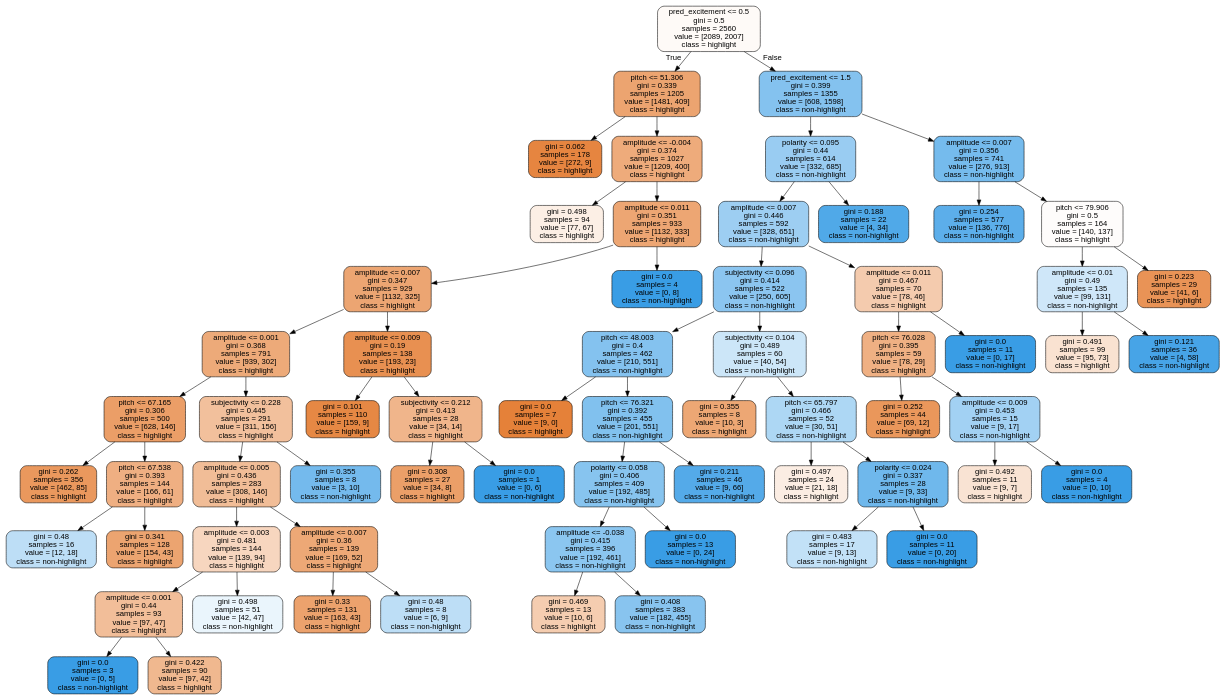
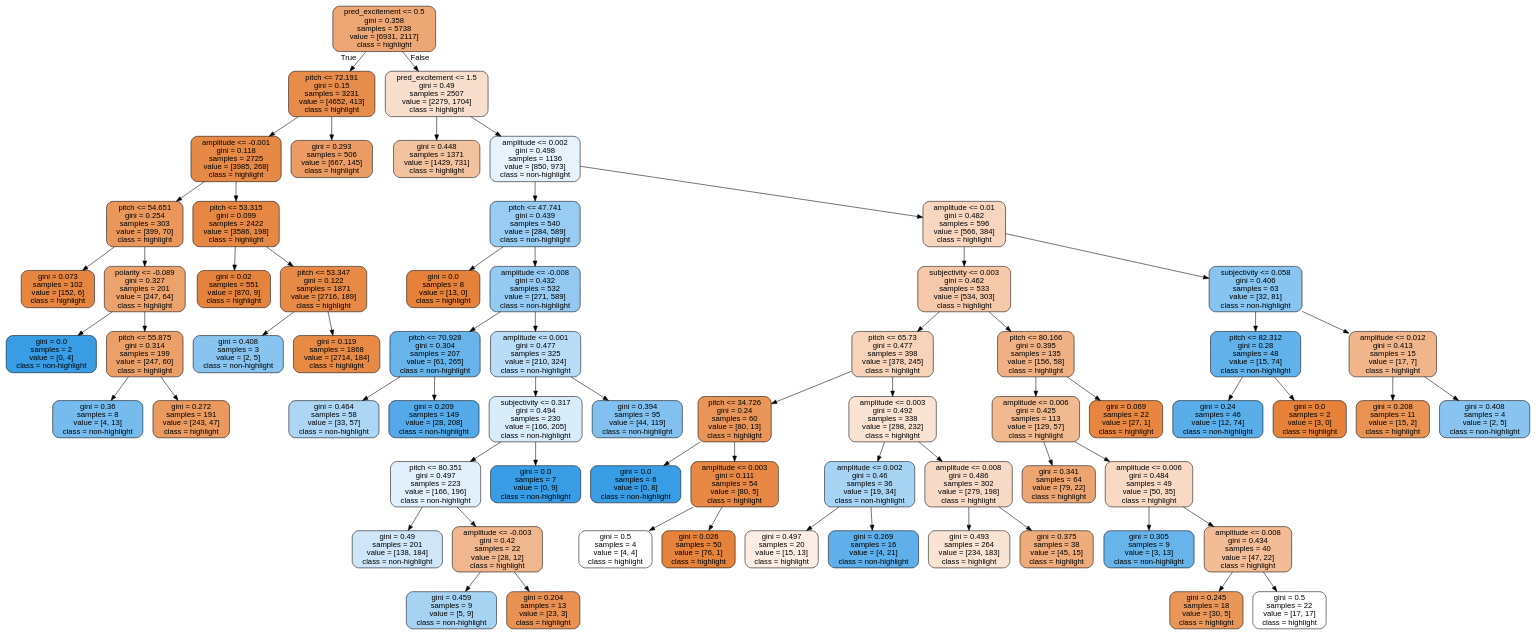
The diagram in highlight-model/tree_from_optimized_forest.dot (mattlianje/climactic), drawn with Graphviz before and after one commit. The commit also changed 13 other files, not shown here.

```diff
--- a/highlight-model/tree_from_optimized_forest.dot
+++ b/highlight-model/tree_from_optimized_forest.dot
@@ -1,133 +1,133 @@
 digraph Tree {
 node [shape=box, style="filled, rounded", color="black", fontname=helvetica] ;
 edge [fontname=helvetica] ;
-0 [label="pred_excitement <= 0.5\ngini = 0.5\nsamples = 2560\nvalue = [2089, 2007]\nclass = highlight", fillcolor="#fefaf7"] ;
-1 [label="pitch <= 51.306\ngini = 0.339\nsamples = 1205\nvalue = [1481, 409]\nclass = highlight", fillcolor="#eca470"] ;
+0 [label="pred_excitement <= 0.5\ngini = 0.358\nsamples = 5738\nvalue = [6931, 2117]\nclass = highlight", fillcolor="#eda775"] ;
+1 [label="pitch <= 72.191\ngini = 0.15\nsamples = 3231\nvalue = [4652, 413]\nclass = highlight", fillcolor="#e78c4b"] ;
 0 -> 1 [labeldistance=2.5, labelangle=45, headlabel="True"] ;
-3 [label="gini = 0.062\nsamples = 178\nvalue = [272, 9]\nclass = highlight", fillcolor="#e68540"] ;
-1 -> 3 ;
-4 [label="amplitude <= -0.004\ngini = 0.374\nsamples = 1027\nvalue = [1209, 400]\nclass = highlight", fillcolor="#eeab7b"] ;
-1 -> 4 ;
-5 [label="gini = 0.498\nsamples = 94\nvalue = [77, 67]\nclass = highlight", fillcolor="#fcefe5"] ;
+9 [label="amplitude <= -0.001\ngini = 0.118\nsamples = 2725\nvalue = [3985, 268]\nclass = highlight", fillcolor="#e78946"] ;
+1 -> 9 ;
+19 [label="pitch <= 54.651\ngini = 0.254\nsamples = 303\nvalue = [399, 70]\nclass = highlight", fillcolor="#ea975c"] ;
+9 -> 19 ;
+23 [label="gini = 0.073\nsamples = 102\nvalue = [152, 6]\nclass = highlight", fillcolor="#e68641"] ;
+19 -> 23 ;
+24 [label="polarity <= -0.089\ngini = 0.327\nsamples = 201\nvalue = [247, 64]\nclass = highlight", fillcolor="#eca26c"] ;
+19 -> 24 ;
+25 [label="gini = 0.0\nsamples = 2\nvalue = [0, 4]\nclass = non-highlight", fillcolor="#399de5"] ;
+24 -> 25 ;
+26 [label="pitch <= 55.875\ngini = 0.314\nsamples = 199\nvalue = [247, 60]\nclass = highlight", fillcolor="#eba069"] ;
+24 -> 26 ;
+27 [label="gini = 0.36\nsamples = 8\nvalue = [4, 13]\nclass = non-highlight", fillcolor="#76bbed"] ;
+26 -> 27 ;
+28 [label="gini = 0.272\nsamples = 191\nvalue = [243, 47]\nclass = highlight", fillcolor="#ea995f"] ;
+26 -> 28 ;
+20 [label="pitch <= 53.315\ngini = 0.099\nsamples = 2422\nvalue = [3586, 198]\nclass = highlight", fillcolor="#e68844"] ;
+9 -> 20 ;
+39 [label="gini = 0.02\nsamples = 551\nvalue = [870, 9]\nclass = highlight", fillcolor="#e5823b"] ;
+20 -> 39 ;
+40 [label="pitch <= 53.347\ngini = 0.122\nsamples = 1871\nvalue = [2716, 189]\nclass = highlight", fillcolor="#e78a47"] ;
+20 -> 40 ;
+41 [label="gini = 0.408\nsamples = 3\nvalue = [2, 5]\nclass = non-highlight", fillcolor="#88c4ef"] ;
+40 -> 41 ;
+42 [label="gini = 0.119\nsamples = 1868\nvalue = [2714, 184]\nclass = highlight", fillcolor="#e78a46"] ;
+40 -> 42 ;
+10 [label="gini = 0.293\nsamples = 506\nvalue = [667, 145]\nclass = highlight", fillcolor="#eb9c64"] ;
+1 -> 10 ;
+2 [label="pred_excitement <= 1.5\ngini = 0.49\nsamples = 2507\nvalue = [2279, 1704]\nclass = highlight", fillcolor="#f8dfcd"] ;
+0 -> 2 [labeldistance=2.5, labelangle=-45, headlabel="False"] ;
+3 [label="gini = 0.448\nsamples = 1371\nvalue = [1429, 731]\nclass = highlight", fillcolor="#f2c19e"] ;
+2 -> 3 ;
+4 [label="amplitude <= 0.002\ngini = 0.498\nsamples = 1136\nvalue = [850, 973]\nclass = non-highlight", fillcolor="#e6f3fc"] ;
+2 -> 4 ;
+5 [label="pitch <= 47.741\ngini = 0.439\nsamples = 540\nvalue = [284, 589]\nclass = non-highlight", fillcolor="#98ccf2"] ;
 4 -> 5 ;
-6 [label="amplitude <= 0.011\ngini = 0.351\nsamples = 933\nvalue = [1132, 333]\nclass = highlight", fillcolor="#eda673"] ;
+11 [label="gini = 0.0\nsamples = 8\nvalue = [13, 0]\nclass = highlight", fillcolor="#e58139"] ;
+5 -> 11 ;
+12 [label="amplitude <= -0.008\ngini = 0.432\nsamples = 532\nvalue = [271, 589]\nclass = non-highlight", fillcolor="#94caf1"] ;
+5 -> 12 ;
+13 [label="pitch <= 70.928\ngini = 0.304\nsamples = 207\nvalue = [61, 265]\nclass = non-highlight", fillcolor="#67b4eb"] ;
+12 -> 13 ;
+17 [label="gini = 0.464\nsamples = 58\nvalue = [33, 57]\nclass = non-highlight", fillcolor="#acd6f4"] ;
+13 -> 17 ;
+18 [label="gini = 0.209\nsamples = 149\nvalue = [28, 208]\nclass = non-highlight", fillcolor="#54aae8"] ;
+13 -> 18 ;
+14 [label="amplitude <= 0.001\ngini = 0.477\nsamples = 325\nvalue = [210, 324]\nclass = non-highlight", fillcolor="#b9ddf6"] ;
+12 -> 14 ;
+21 [label="subjectivity <= 0.317\ngini = 0.494\nsamples = 230\nvalue = [166, 205]\nclass = non-highlight", fillcolor="#d9ecfa"] ;
+14 -> 21 ;
+47 [label="pitch <= 80.351\ngini = 0.497\nsamples = 223\nvalue = [166, 196]\nclass = non-highlight", fillcolor="#e1f0fb"] ;
+21 -> 47 ;
+49 [label="gini = 0.49\nsamples = 201\nvalue = [138, 184]\nclass = non-highlight", fillcolor="#cee6f8"] ;
+47 -> 49 ;
+50 [label="amplitude <= -0.003\ngini = 0.42\nsamples = 22\nvalue = [28, 12]\nclass = highlight", fillcolor="#f0b78e"] ;
+47 -> 50 ;
+51 [label="gini = 0.459\nsamples = 9\nvalue = [5, 9]\nclass = non-highlight", fillcolor="#a7d3f3"] ;
+50 -> 51 ;
+52 [label="gini = 0.204\nsamples = 13\nvalue = [23, 3]\nclass = highlight", fillcolor="#e89153"] ;
+50 -> 52 ;
+48 [label="gini = 0.0\nsamples = 7\nvalue = [0, 9]\nclass = non-highlight", fillcolor="#399de5"] ;
+21 -> 48 ;
+22 [label="gini = 0.394\nsamples = 95\nvalue = [44, 119]\nclass = non-highlight", fillcolor="#82c1ef"] ;
+14 -> 22 ;
+6 [label="amplitude <= 0.01\ngini = 0.482\nsamples = 596\nvalue = [566, 384]\nclass = highlight", fillcolor="#f7d6bf"] ;
 4 -> 6 ;
-15 [label="amplitude <= 0.007\ngini = 0.347\nsamples = 929\nvalue = [1132, 325]\nclass = highlight", fillcolor="#eca572"] ;
-6 -> 15 ;
-17 [label="amplitude <= 0.001\ngini = 0.368\nsamples = 791\nvalue = [939, 302]\nclass = highlight", fillcolor="#edaa79"] ;
-15 -> 17 ;
-19 [label="pitch <= 67.165\ngini = 0.306\nsamples = 500\nvalue = [628, 146]\nclass = highlight", fillcolor="#eb9e67"] ;
-17 -> 19 ;
-35 [label="gini = 0.262\nsamples = 356\nvalue = [462, 85]\nclass = highlight", fillcolor="#ea985d"] ;
-19 -> 35 ;
-36 [label="pitch <= 67.538\ngini = 0.393\nsamples = 144\nvalue = [166, 61]\nclass = highlight", fillcolor="#efaf82"] ;
-19 -> 36 ;
-37 [label="gini = 0.48\nsamples = 16\nvalue = [12, 18]\nclass = non-highlight", fillcolor="#bddef6"] ;
-36 -> 37 ;
-38 [label="gini = 0.341\nsamples = 128\nvalue = [154, 43]\nclass = highlight", fillcolor="#eca470"] ;
-36 -> 38 ;
-20 [label="subjectivity <= 0.228\ngini = 0.445\nsamples = 291\nvalue = [311, 156]\nclass = highlight", fillcolor="#f2c09c"] ;
-17 -> 20 ;
-21 [label="amplitude <= 0.005\ngini = 0.436\nsamples = 283\nvalue = [308, 146]\nclass = highlight", fillcolor="#f1bd97"] ;
-20 -> 21 ;
-23 [label="amplitude <= 0.003\ngini = 0.481\nsamples = 144\nvalue = [139, 94]\nclass = highlight", fillcolor="#f7d6bf"] ;
-21 -> 23 ;
-25 [label="amplitude <= 0.001\ngini = 0.44\nsamples = 93\nvalue = [97, 47]\nclass = highlight", fillcolor="#f2be99"] ;
-23 -> 25 ;
-27 [label="gini = 0.0\nsamples = 3\nvalue = [0, 5]\nclass = non-highlight", fillcolor="#399de5"] ;
-25 -> 27 ;
-28 [label="gini = 0.422\nsamples = 90\nvalue = [97, 42]\nclass = highlight", fillcolor="#f0b88f"] ;
-25 -> 28 ;
-26 [label="gini = 0.498\nsamples = 51\nvalue = [42, 47]\nclass = non-highlight", fillcolor="#eaf5fc"] ;
-23 -> 26 ;
-24 [label="amplitude <= 0.007\ngini = 0.36\nsamples = 139\nvalue = [169, 52]\nclass = highlight", fillcolor="#eda876"] ;
-21 -> 24 ;
-29 [label="gini = 0.33\nsamples = 131\nvalue = [163, 43]\nclass = highlight", fillcolor="#eca26d"] ;
-24 -> 29 ;
-30 [label="gini = 0.48\nsamples = 8\nvalue = [6, 9]\nclass = non-highlight", fillcolor="#bddef6"] ;
-24 -> 30 ;
-22 [label="gini = 0.355\nsamples = 8\nvalue = [3, 10]\nclass = non-highlight", fillcolor="#74baed"] ;
-20 -> 22 ;
-18 [label="amplitude <= 0.009\ngini = 0.19\nsamples = 138\nvalue = [193, 23]\nclass = highlight", fillcolor="#e89051"] ;
-15 -> 18 ;
-31 [label="gini = 0.101\nsamples = 110\nvalue = [159, 9]\nclass = highlight", fillcolor="#e68844"] ;
-18 -> 31 ;
-32 [label="subjectivity <= 0.212\ngini = 0.413\nsamples = 28\nvalue = [34, 14]\nclass = highlight", fillcolor="#f0b58b"] ;
-18 -> 32 ;
-33 [label="gini = 0.308\nsamples = 27\nvalue = [34, 8]\nclass = highlight", fillcolor="#eb9f68"] ;
-32 -> 33 ;
-34 [label="gini = 0.0\nsamples = 1\nvalue = [0, 6]\nclass = non-highlight", fillcolor="#399de5"] ;
-32 -> 34 ;
-16 [label="gini = 0.0\nsamples = 4\nvalue = [0, 8]\nclass = non-highlight", fillcolor="#399de5"] ;
-6 -> 16 ;
-2 [label="pred_excitement <= 1.5\ngini = 0.399\nsamples = 1355\nvalue = [608, 1598]\nclass = non-highlight", fillcolor="#84c2ef"] ;
-0 -> 2 [labeldistance=2.5, labelangle=-45, headlabel="False"] ;
-7 [label="polarity <= 0.095\ngini = 0.44\nsamples = 614\nvalue = [332, 685]\nclass = non-highlight", fillcolor="#99ccf2"] ;
-2 -> 7 ;
-39 [label="amplitude <= 0.007\ngini = 0.446\nsamples = 592\nvalue = [328, 651]\nclass = non-highlight", fillcolor="#9dcef2"] ;
-7 -> 39 ;
-41 [label="subjectivity <= 0.096\ngini = 0.414\nsamples = 522\nvalue = [250, 605]\nclass = non-highlight", fillcolor="#8bc5f0"] ;
-39 -> 41 ;
-49 [label="pitch <= 48.003\ngini = 0.4\nsamples = 462\nvalue = [210, 551]\nclass = non-highlight", fillcolor="#84c2ef"] ;
-41 -> 49 ;
-51 [label="gini = 0.0\nsamples = 7\nvalue = [9, 0]\nclass = highlight", fillcolor="#e58139"] ;
-49 -> 51 ;
-52 [label="pitch <= 76.321\ngini = 0.392\nsamples = 455\nvalue = [201, 551]\nclass = non-highlight", fillcolor="#81c1ee"] ;
-49 -> 52 ;
-53 [label="polarity <= 0.058\ngini = 0.406\nsamples = 409\nvalue = [192, 485]\nclass = non-highlight", fillcolor="#87c4ef"] ;
-52 -> 53 ;
-55 [label="amplitude <= -0.038\ngini = 0.415\nsamples = 396\nvalue = [192, 461]\nclass = non-highlight", fillcolor="#8bc6f0"] ;
-53 -> 55 ;
-57 [label="gini = 0.469\nsamples = 13\nvalue = [10, 6]\nclass = highlight", fillcolor="#f5cdb0"] ;
-55 -> 57 ;
-58 [label="gini = 0.408\nsamples = 383\nvalue = [182, 455]\nclass = non-highlight", fillcolor="#88c4ef"] ;
-55 -> 58 ;
-56 [label="gini = 0.0\nsamples = 13\nvalue = [0, 24]\nclass = non-highlight", fillcolor="#399de5"] ;
-53 -> 56 ;
-54 [label="gini = 0.211\nsamples = 46\nvalue = [9, 66]\nclass = non-highlight", fillcolor="#54aae9"] ;
-52 -> 54 ;
-50 [label="subjectivity <= 0.104\ngini = 0.489\nsamples = 60\nvalue = [40, 54]\nclass = non-highlight", fillcolor="#cce6f8"] ;
-41 -> 50 ;
-59 [label="gini = 0.355\nsamples = 8\nvalue = [10, 3]\nclass = highlight", fillcolor="#eda774"] ;
-50 -> 59 ;
-60 [label="pitch <= 65.797\ngini = 0.466\nsamples = 52\nvalue = [30, 51]\nclass = non-highlight", fillcolor="#add7f4"] ;
-50 -> 60 ;
-61 [label="gini = 0.497\nsamples = 24\nvalue = [21, 18]\nclass = highlight", fillcolor="#fbede3"] ;
+7 [label="subjectivity <= 0.003\ngini = 0.462\nsamples = 533\nvalue = [534, 303]\nclass = highlight", fillcolor="#f4c8a9"] ;
+6 -> 7 ;
+29 [label="pitch <= 65.73\ngini = 0.477\nsamples = 398\nvalue = [378, 245]\nclass = highlight", fillcolor="#f6d3b9"] ;
+7 -> 29 ;
+31 [label="pitch <= 34.726\ngini = 0.24\nsamples = 60\nvalue = [80, 13]\nclass = highlight", fillcolor="#e99559"] ;
+29 -> 31 ;
+33 [label="gini = 0.0\nsamples = 6\nvalue = [0, 8]\nclass = non-highlight", fillcolor="#399de5"] ;
+31 -> 33 ;
+34 [label="amplitude <= 0.003\ngini = 0.111\nsamples = 54\nvalue = [80, 5]\nclass = highlight", fillcolor="#e78945"] ;
+31 -> 34 ;
+63 [label="gini = 0.5\nsamples = 4\nvalue = [4, 4]\nclass = highlight", fillcolor="#ffffff"] ;
+34 -> 63 ;
+64 [label="gini = 0.026\nsamples = 50\nvalue = [76, 1]\nclass = highlight", fillcolor="#e5833c"] ;
+34 -> 64 ;
+32 [label="amplitude <= 0.003\ngini = 0.492\nsamples = 338\nvalue = [298, 232]\nclass = highlight", fillcolor="#f9e3d3"] ;
+29 -> 32 ;
+35 [label="amplitude <= 0.002\ngini = 0.46\nsamples = 36\nvalue = [19, 34]\nclass = non-highlight", fillcolor="#a8d4f4"] ;
+32 -> 35 ;
+45 [label="gini = 0.497\nsamples = 20\nvalue = [15, 13]\nclass = highlight", fillcolor="#fceee5"] ;
+35 -> 45 ;
+46 [label="gini = 0.269\nsamples = 16\nvalue = [4, 21]\nclass = non-highlight", fillcolor="#5fb0ea"] ;
+35 -> 46 ;
+36 [label="amplitude <= 0.008\ngini = 0.486\nsamples = 302\nvalue = [279, 198]\nclass = highlight", fillcolor="#f7dac6"] ;
+32 -> 36 ;
+43 [label="gini = 0.493\nsamples = 264\nvalue = [234, 183]\nclass = highlight", fillcolor="#f9e4d4"] ;
+36 -> 43 ;
+44 [label="gini = 0.375\nsamples = 38\nvalue = [45, 15]\nclass = highlight", fillcolor="#eeab7b"] ;
+36 -> 44 ;
+30 [label="pitch <= 80.166\ngini = 0.395\nsamples = 135\nvalue = [156, 58]\nclass = highlight", fillcolor="#efb083"] ;
+7 -> 30 ;
+53 [label="amplitude <= 0.006\ngini = 0.425\nsamples = 113\nvalue = [129, 57]\nclass = highlight", fillcolor="#f0b990"] ;
+30 -> 53 ;
+57 [label="gini = 0.341\nsamples = 64\nvalue = [79, 22]\nclass = highlight", fillcolor="#eca470"] ;
+53 -> 57 ;
+58 [label="amplitude <= 0.006\ngini = 0.484\nsamples = 49\nvalue = [50, 35]\nclass = highlight", fillcolor="#f7d9c4"] ;
+53 -> 58 ;
+59 [label="gini = 0.305\nsamples = 9\nvalue = [3, 13]\nclass = non-highlight", fillcolor="#67b4eb"] ;
+58 -> 59 ;
+60 [label="amplitude <= 0.008\ngini = 0.434\nsamples = 40\nvalue = [47, 22]\nclass = highlight", fillcolor="#f1bc96"] ;
+58 -> 60 ;
+61 [label="gini = 0.245\nsamples = 18\nvalue = [30, 5]\nclass = highlight", fillcolor="#e9965a"] ;
 60 -> 61 ;
-62 [label="polarity <= 0.024\ngini = 0.337\nsamples = 28\nvalue = [9, 33]\nclass = non-highlight", fillcolor="#6fb8ec"] ;
+62 [label="gini = 0.5\nsamples = 22\nvalue = [17, 17]\nclass = highlight", fillcolor="#ffffff"] ;
 60 -> 62 ;
-63 [label="gini = 0.483\nsamples = 17\nvalue = [9, 13]\nclass = non-highlight", fillcolor="#c2e1f7"] ;
-62 -> 63 ;
-64 [label="gini = 0.0\nsamples = 11\nvalue = [0, 20]\nclass = non-highlight", fillcolor="#399de5"] ;
-62 -> 64 ;
-42 [label="amplitude <= 0.011\ngini = 0.467\nsamples = 70\nvalue = [78, 46]\nclass = highlight", fillcolor="#f4cbae"] ;
-39 -> 42 ;
-43 [label="pitch <= 76.028\ngini = 0.395\nsamples = 59\nvalue = [78, 29]\nclass = highlight", fillcolor="#efb083"] ;
-42 -> 43 ;
-45 [label="gini = 0.252\nsamples = 44\nvalue = [69, 12]\nclass = highlight", fillcolor="#ea975b"] ;
-43 -> 45 ;
-46 [label="amplitude <= 0.009\ngini = 0.453\nsamples = 15\nvalue = [9, 17]\nclass = non-highlight", fillcolor="#a2d1f3"] ;
-43 -> 46 ;
-47 [label="gini = 0.492\nsamples = 11\nvalue = [9, 7]\nclass = highlight", fillcolor="#f9e3d3"] ;
-46 -> 47 ;
-48 [label="gini = 0.0\nsamples = 4\nvalue = [0, 10]\nclass = non-highlight", fillcolor="#399de5"] ;
-46 -> 48 ;
-44 [label="gini = 0.0\nsamples = 11\nvalue = [0, 17]\nclass = non-highlight", fillcolor="#399de5"] ;
-42 -> 44 ;
-40 [label="gini = 0.188\nsamples = 22\nvalue = [4, 34]\nclass = non-highlight", fillcolor="#50a9e8"] ;
-7 -> 40 ;
-8 [label="amplitude <= 0.007\ngini = 0.356\nsamples = 741\nvalue = [276, 913]\nclass = non-highlight", fillcolor="#75bbed"] ;
-2 -> 8 ;
-9 [label="gini = 0.254\nsamples = 577\nvalue = [136, 776]\nclass = non-highlight", fillcolor="#5caeea"] ;
-8 -> 9 ;
-10 [label="pitch <= 79.906\ngini = 0.5\nsamples = 164\nvalue = [140, 137]\nclass = highlight", fillcolor="#fefcfb"] ;
-8 -> 10 ;
-11 [label="amplitude <= 0.01\ngini = 0.49\nsamples = 135\nvalue = [99, 131]\nclass = non-highlight", fillcolor="#cfe7f9"] ;
-10 -> 11 ;
-13 [label="gini = 0.491\nsamples = 99\nvalue = [95, 73]\nclass = highlight", fillcolor="#f9e2d1"] ;
-11 -> 13 ;
-14 [label="gini = 0.121\nsamples = 36\nvalue = [4, 58]\nclass = non-highlight", fillcolor="#47a4e7"] ;
-11 -> 14 ;
-12 [label="gini = 0.223\nsamples = 29\nvalue = [41, 6]\nclass = highlight", fillcolor="#e99356"] ;
-10 -> 12 ;
+54 [label="gini = 0.069\nsamples = 22\nvalue = [27, 1]\nclass = highlight", fillcolor="#e68640"] ;
+30 -> 54 ;
+8 [label="subjectivity <= 0.058\ngini = 0.406\nsamples = 63\nvalue = [32, 81]\nclass = non-highlight", fillcolor="#87c4ef"] ;
+6 -> 8 ;
+15 [label="pitch <= 82.312\ngini = 0.28\nsamples = 48\nvalue = [15, 74]\nclass = non-highlight", fillcolor="#61b1ea"] ;
+8 -> 15 ;
+37 [label="gini = 0.24\nsamples = 46\nvalue = [12, 74]\nclass = non-highlight", fillcolor="#59ade9"] ;
+15 -> 37 ;
+38 [label="gini = 0.0\nsamples = 2\nvalue = [3, 0]\nclass = highlight", fillcolor="#e58139"] ;
+15 -> 38 ;
+16 [label="amplitude <= 0.012\ngini = 0.413\nsamples = 15\nvalue = [17, 7]\nclass = highlight", fillcolor="#f0b58b"] ;
+8 -> 16 ;
+55 [label="gini = 0.208\nsamples = 11\nvalue = [15, 2]\nclass = highlight", fillcolor="#e89253"] ;
+16 -> 55 ;
+56 [label="gini = 0.408\nsamples = 4\nvalue = [2, 5]\nclass = non-highlight", fillcolor="#88c4ef"] ;
+16 -> 56 ;
 }
```
